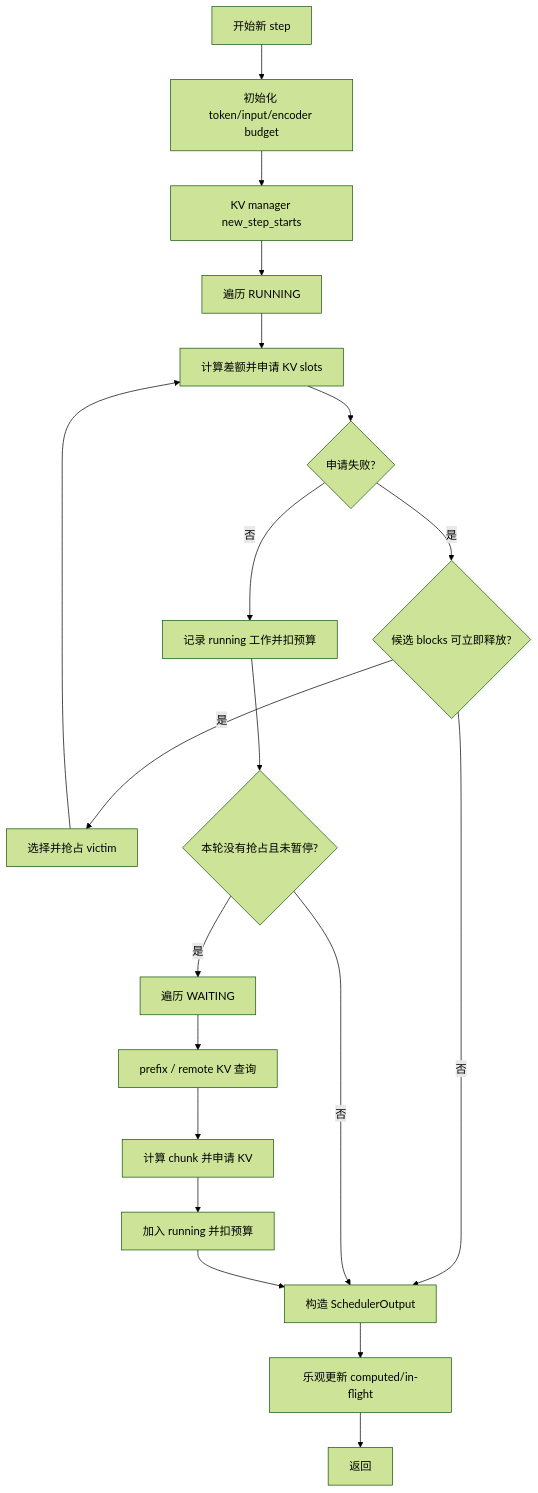
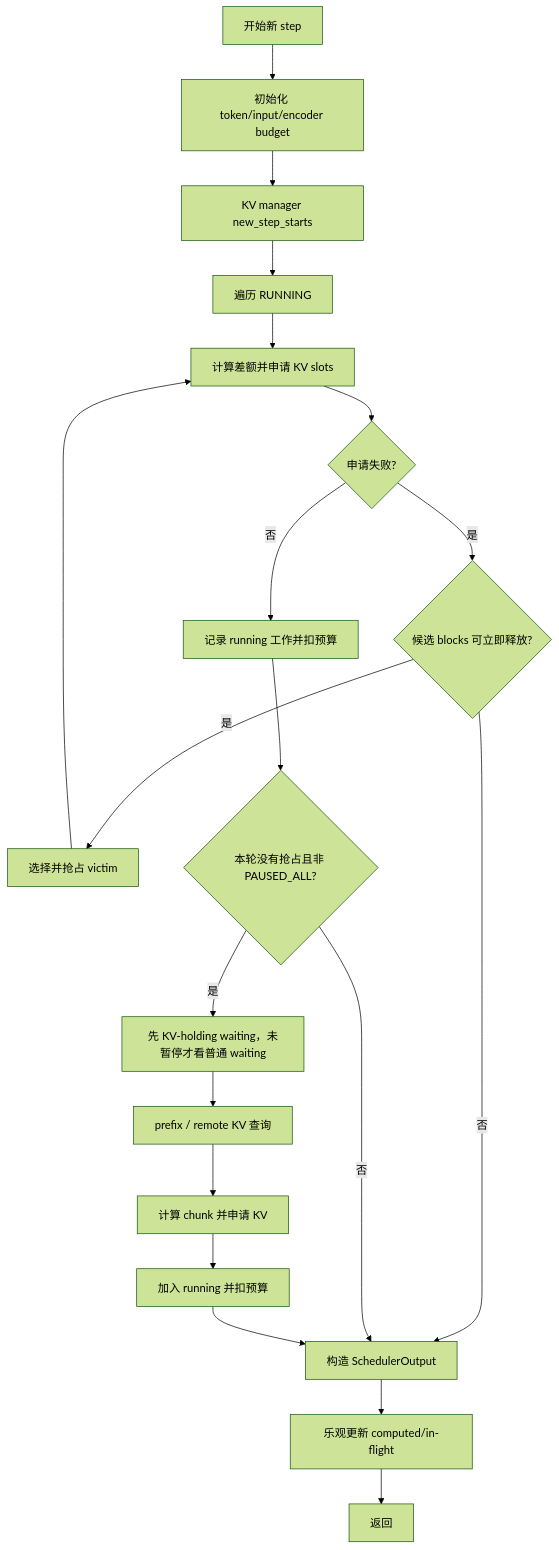
One commit to cluster1900/vllm_reader changed the eighth of 26 diagrams in book/04-scheduler/README.md. Above: the diagram before and after it, drawn with Mermaid (forest theme). The commit also changed other lines of this file and 37 other files, not shown here.

````diff
--- a/book/04-scheduler/README.md
+++ b/book/04-scheduler/README.md
@@ -482,22 +491,22 @@
 ```mermaid
 flowchart TB
     START[开始新 step] --> INIT[初始化 token/input/encoder budget]
     INIT --> KVSTEP[KV manager new_step_starts]
     KVSTEP --> RUN[遍历 RUNNING]
     RUN --> RALLOC[计算差额并申请 KV slots]
     RALLOC --> RPRE{申请失败?}
     RPRE -->|是| SAFE{候选 blocks 可立即释放?}
     SAFE -->|是| VICTIM[选择并抢占 victim]
     SAFE -->|否| BUILD
     VICTIM --> RALLOC
     RPRE -->|否| RREC[记录 running 工作并扣预算]
-    RREC --> WAITCOND{本轮没有抢占且未暂停?}
-    WAITCOND -->|是| WAIT[遍历 WAITING]
+    RREC --> WAITCOND{本轮没有抢占且非 PAUSED_ALL?}
+    WAITCOND -->|是| WAIT[先 KV-holding waiting，未暂停才看普通 waiting]
     WAIT --> PREFIX[prefix / remote KV 查询]
     PREFIX --> WALLOC[计算 chunk 并申请 KV]
     WALLOC --> ADMIT[加入 running 并扣预算]
     WAITCOND -->|否| BUILD[跳过新准入]
     ADMIT --> BUILD[构造 SchedulerOutput]
     BUILD --> OPT[乐观更新 computed/in-flight]
     OPT --> END[返回]
 ```
````
